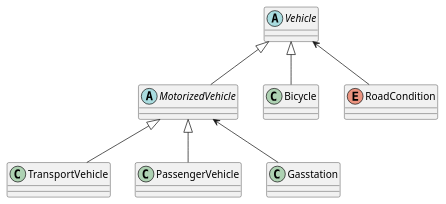
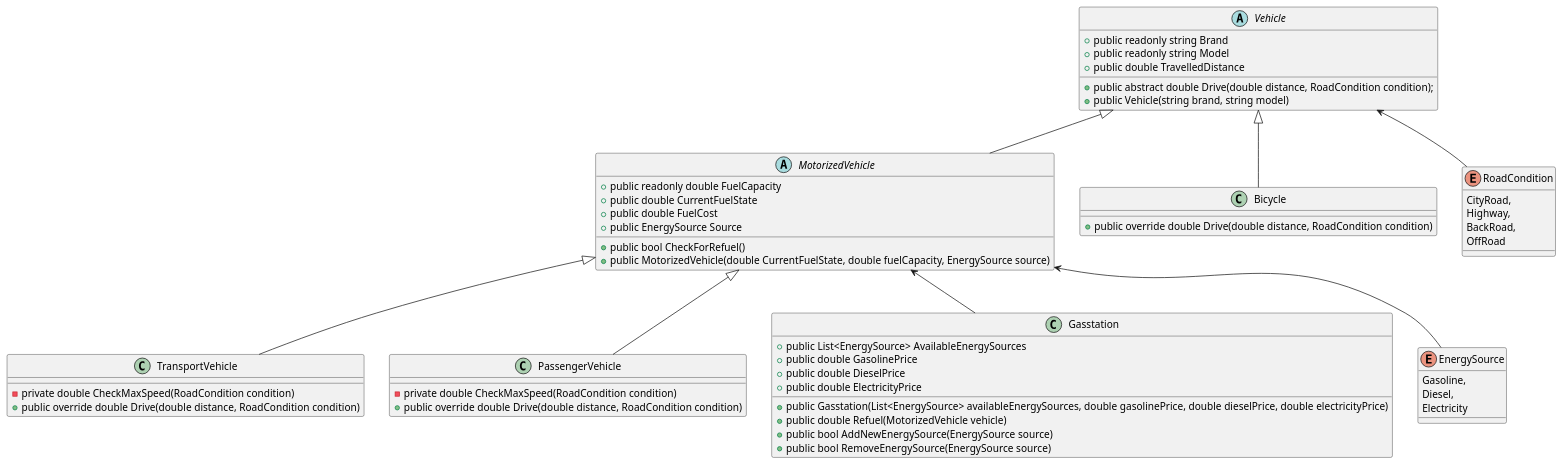
One commit to LParzerhtl/PoseOODPT changed the diagram in vehicles/Model.puml. Above: the diagram before and after it, drawn with PlantUML.

Commit message:
push new uml

```diff
--- a/vehicles/Model.puml
+++ b/vehicles/Model.puml
@@ -1,46 +1,77 @@
 @startuml
 'https://plantuml.com/sequence-diagram
 
 Vehicle <|-- MotorizedVehicle
 MotorizedVehicle <|-- TransportVehicle
 MotorizedVehicle <|-- PassengerVehicle
 Vehicle <|-- Bicycle
 Vehicle <-- RoadCondition
 MotorizedVehicle <-- Gasstation
+MotorizedVehicle <-- EnergySource
 abstract Vehicle
 {
-
+    +public readonly string Brand
+    +public readonly string Model
+    +public double TravelledDistance
+    
+    +public abstract double Drive(double distance, RoadCondition condition);
+    +public Vehicle(string brand, string model)
+    
 }
 
 class TransportVehicle
 {
-
+    -private double CheckMaxSpeed(RoadCondition condition)
+    +public override double Drive(double distance, RoadCondition condition)
 }
 
 class PassengerVehicle
 {
-
+    -private double CheckMaxSpeed(RoadCondition condition)
+    +public override double Drive(double distance, RoadCondition condition)
 }
 
 abstract MotorizedVehicle
 {
-
+    +public readonly double FuelCapacity
+    +public double CurrentFuelState
+    +public double FuelCost
+    +public EnergySource Source
+    
+    +public bool CheckForRefuel()
+    +public MotorizedVehicle(double CurrentFuelState, double fuelCapacity, EnergySource source)  
 }
 
 class Bicycle
 {
-
+    +public override double Drive(double distance, RoadCondition condition)
 }
 
 enum RoadCondition
 {
-
+    CityRoad,
+    Highway,
+    BackRoad,
+    OffRoad
 }
 
 class Gasstation
 {
-
+    +public List<EnergySource> AvailableEnergySources
+    +public double GasolinePrice
+    +public double DieselPrice
+    +public double ElectricityPrice
+    
+    +public Gasstation(List<EnergySource> availableEnergySources, double gasolinePrice, double dieselPrice, double electricityPrice)
+    +public double Refuel(MotorizedVehicle vehicle)
+    +public bool AddNewEnergySource(EnergySource source)
+    +public bool RemoveEnergySource(EnergySource source)
 }
 
-
+enum EnergySource
+{
+    Gasoline,
+    Diesel,
+    Electricity
+}
 @enduml
```
